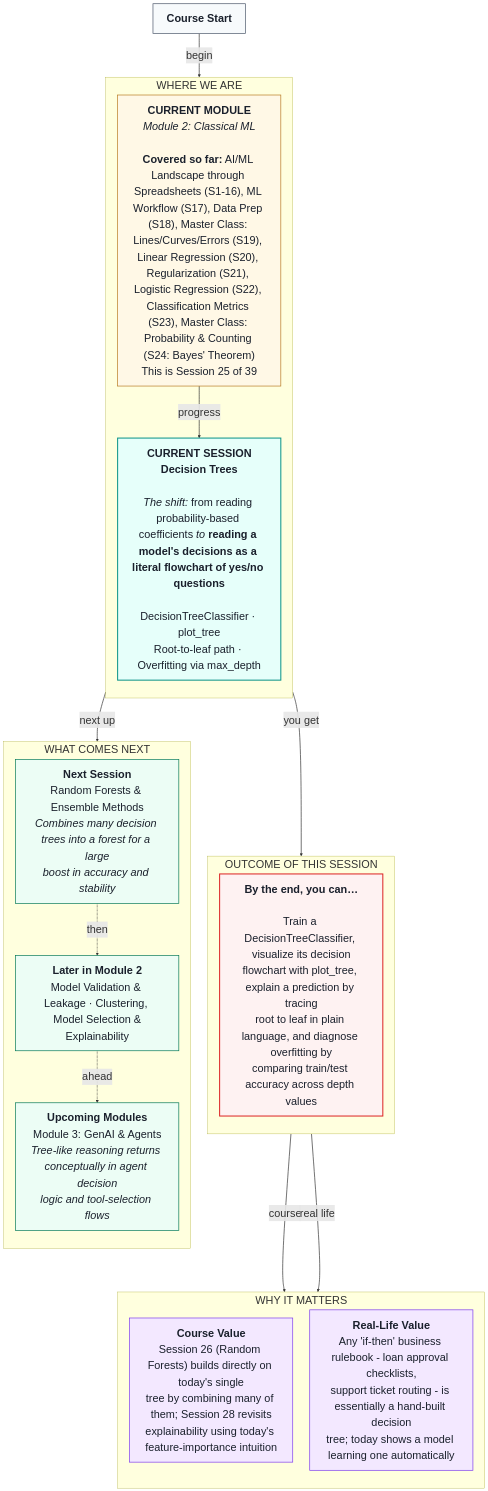
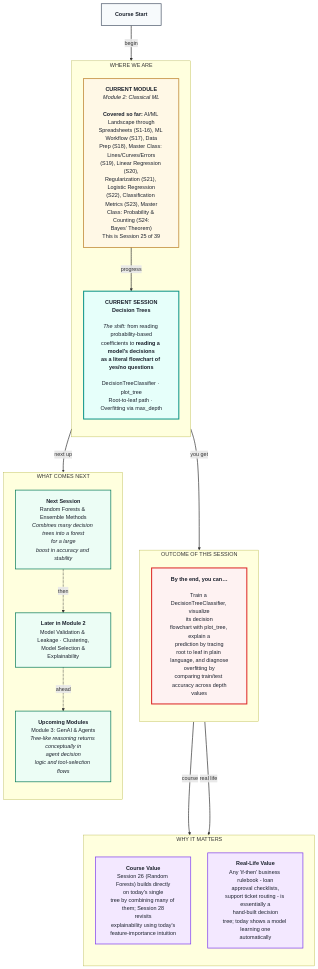
The diagram in IITP_AIML_Regional/IITR-AIML-TA-I-2606 & IITP-AIML-TA-II-2607/Module-2/Academic session 25 -Decision Trees/pre-read - Session 25 - Decision Trees.md (ritzrmx/Masai_Curriculum), drawn with Mermaid before and after one commit. The commit also changed other lines of this file and 15 other files, not shown here.

Commit message:
Add Session 28 (12.2) materials: Clustering, Model Selection & Explainability

````diff
--- a/IITP_AIML_Regional/IITR-AIML-TA-I-2606 & IITP-AIML-TA-II-2607/Module-2/Academic session 25 -Decision Trees/pre-read - Session 25 - Decision Trees.md
+++ b/IITP_AIML_Regional/IITR-AIML-TA-I-2606 & IITP-AIML-TA-II-2607/Module-2/Academic session 25 -Decision Trees/pre-read - Session 25 - Decision Trees.md
@@ -7,55 +5,55 @@
 ```mermaid
-%%{init: {'themeVariables': {'fontSize': '32px', 'fontFamily': 'sans-serif'}, 'flowchart': {'htmlLabels': true, 'nodeSpacing': 50, 'rankSpacing': 80, 'wrappingWidth': 400, 'padding': 20}}}%%
+%%{init: {'flowchart': {'htmlLabels': true, 'nodeSpacing': 50, 'rankSpacing': 80, 'padding': 20}}}%%
 flowchart TB
 
 START["<b>Course Start</b>"]
 
 subgraph foundation[" WHERE WE ARE "]
 direction TB
-    CURMOD["<b>CURRENT MODULE</b><br/><i>Module 2: Classical ML</i><br/>&nbsp;<br/><b>Covered so far:</b> AI/ML Landscape through Spreadsheets (S1-16), ML Workflow (S17), Data Prep (S18), Master Class: Lines/Curves/Errors (S19), Linear Regression (S20), Regularization (S21), Logistic Regression (S22), Classification Metrics (S23), Master Class: Probability &amp; Counting (S24: Bayes' Theorem)<br/>This is Session 25 of 39"]
-    CURSES["<b>CURRENT SESSION</b><br/><b>Decision Trees</b><br/>&nbsp;<br/><i>The shift:</i> from reading probability-based coefficients <i>to</i> <b>reading a model's decisions as a literal flowchart of yes/no questions</b><br/>&nbsp;<br/>DecisionTreeClassifier · plot_tree<br/>Root-to-leaf path · Overfitting via max_depth"]
+    CURMOD["<b>CURRENT MODULE</b><br/><i>Module 2: Classical ML</i><br/>&nbsp;<br/><b>Covered so far:</b> AI/ML Landscape through<br/>Spreadsheets (S1-16), ML Workflow (S17), Data<br/>Prep (S18), Master Class: Lines/Curves/Errors<br/>(S19), Linear Regression (S20),<br/>Regularization (S21), Logistic Regression<br/>(S22), Classification Metrics (S23), Master<br/>Class: Probability &amp; Counting (S24:<br/>Bayes' Theorem)<br/>This is Session 25 of 39"]
+    CURSES["<b>CURRENT SESSION</b><br/><b>Decision Trees</b><br/>&nbsp;<br/><i>The shift:</i> from reading probability-based<br/>coefficients <i>to</i> <b>reading a model's decisions<br/>as a literal flowchart of yes/no questions</b><br/>&nbsp;<br/>DecisionTreeClassifier · plot_tree<br/>Root-to-leaf path · Overfitting via max_depth"]
 end
 
 subgraph outcome[" OUTCOME OF THIS SESSION "]
 direction TB
-    OUT["<b>By the end, you can…</b><br/>&nbsp;<br/>Train a DecisionTreeClassifier, visualize its decision<br/>flowchart with plot_tree, explain a prediction by tracing<br/>root to leaf in plain language, and diagnose overfitting by<br/>comparing train/test accuracy across depth values"]
+    OUT["<b>By the end, you can…</b><br/>&nbsp;<br/>Train a DecisionTreeClassifier, visualize<br/>its decision<br/>flowchart with plot_tree, explain a<br/>prediction by tracing<br/>root to leaf in plain language, and diagnose<br/>overfitting by<br/>comparing train/test accuracy across depth<br/>values"]
 end
 
 subgraph value[" WHY IT MATTERS "]
 direction TB
-    CVAL["<b>Course Value</b><br/>Session 26 (Random Forests) builds directly on today's single<br/>tree by combining many of them; Session 28 revisits<br/>explainability using today's feature-importance intuition"]
-    RVAL["<b>Real-Life Value</b><br/>Any 'if-then' business rulebook - loan approval checklists,<br/>support ticket routing - is essentially a hand-built decision<br/>tree; today shows a model learning one automatically"]
+    CVAL["<b>Course Value</b><br/>Session 26 (Random Forests) builds directly<br/>on today's single<br/>tree by combining many of them; Session 28<br/>revisits<br/>explainability using today's<br/>feature-importance intuition"]
+    RVAL["<b>Real-Life Value</b><br/>Any 'if-then' business rulebook - loan<br/>approval checklists,<br/>support ticket routing - is essentially a<br/>hand-built decision<br/>tree; today shows a model learning one<br/>automatically"]
 end
 
 subgraph future[" WHAT COMES NEXT "]
 direction TB
-    U0["<b>Next Session</b><br/>Random Forests &amp; Ensemble Methods<br/><i>Combines many decision trees into a forest for a large<br/>boost in accuracy and stability</i>"]
-    U1["<b>Later in Module 2</b><br/>Model Validation &amp; Leakage · Clustering, Model Selection &amp;<br/>Explainability"]
-    U2["<b>Upcoming Modules</b><br/>Module 3: GenAI &amp; Agents<br/><i>Tree-like reasoning returns conceptually in agent decision<br/>logic and tool-selection flows</i>"]
+    U0["<b>Next Session</b><br/>Random Forests &amp; Ensemble Methods<br/><i>Combines many decision trees into a forest<br/>for a large<br/>boost in accuracy and stability</i>"]
+    U1["<b>Later in Module 2</b><br/>Model Validation &amp; Leakage · Clustering,<br/>Model Selection &amp;<br/>Explainability"]
+    U2["<b>Upcoming Modules</b><br/>Module 3: GenAI &amp; Agents<br/><i>Tree-like reasoning returns conceptually in<br/>agent decision<br/>logic and tool-selection flows</i>"]
 end
 
 START ==>|" begin "| CURMOD
 CURMOD ==>|" progress "| CURSES
 CURSES ==>|" you get "| OUT
 OUT ==>|" course "| CVAL
 OUT ==>|" real life "| RVAL
 CURSES ==>|" next up "| U0
 U0 -.->|" then "| U1
 U1 -.->|" ahead "| U2
 
 classDef startBox fill:#F7FAFC,stroke:#4A5568,stroke-width:2px,color:#1A202C
 classDef curModBox fill:#FFF8E6,stroke:#B7791F,stroke-width:2px,color:#1A202C
 classDef curSessBox fill:#E6FFFA,stroke:#0D9488,stroke-width:3px,color:#1A202C
 classDef outBox fill:#FEF2F2,stroke:#DC2626,stroke-width:3px,color:#1A202C
 classDef valueBox fill:#F3E8FF,stroke:#7C3AED,stroke-width:2px,color:#1A202C
 classDef futureBox fill:#ECFDF5,stroke:#047857,stroke-width:2px,color:#1A202C
 
 class START startBox
 class CURMOD curModBox
 class CURSES curSessBox
 class OUT outBox
 class CVAL,RVAL valueBox
 class U0,U1,U2 futureBox
 
 linkStyle default stroke-width:2px
 ```
````
